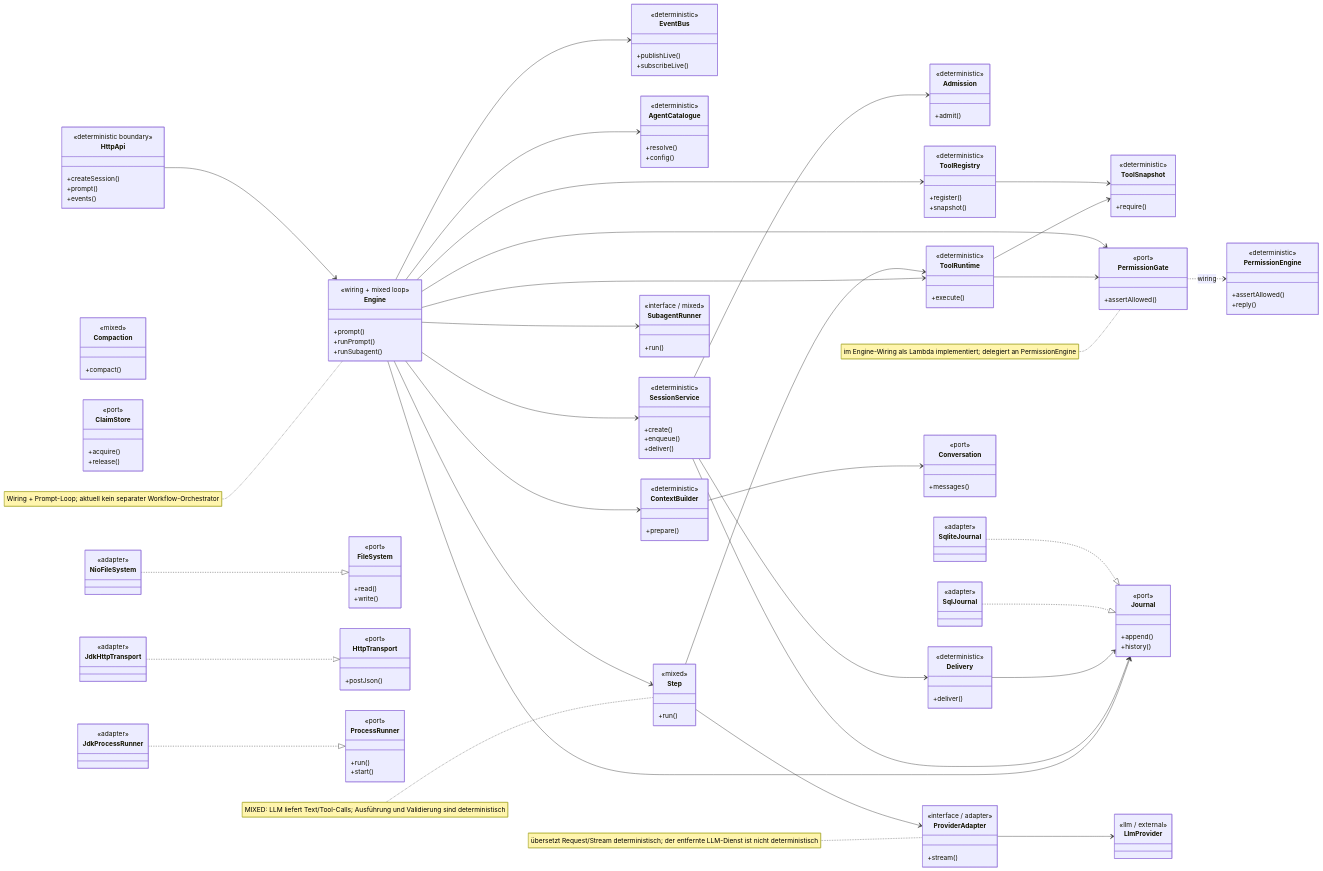
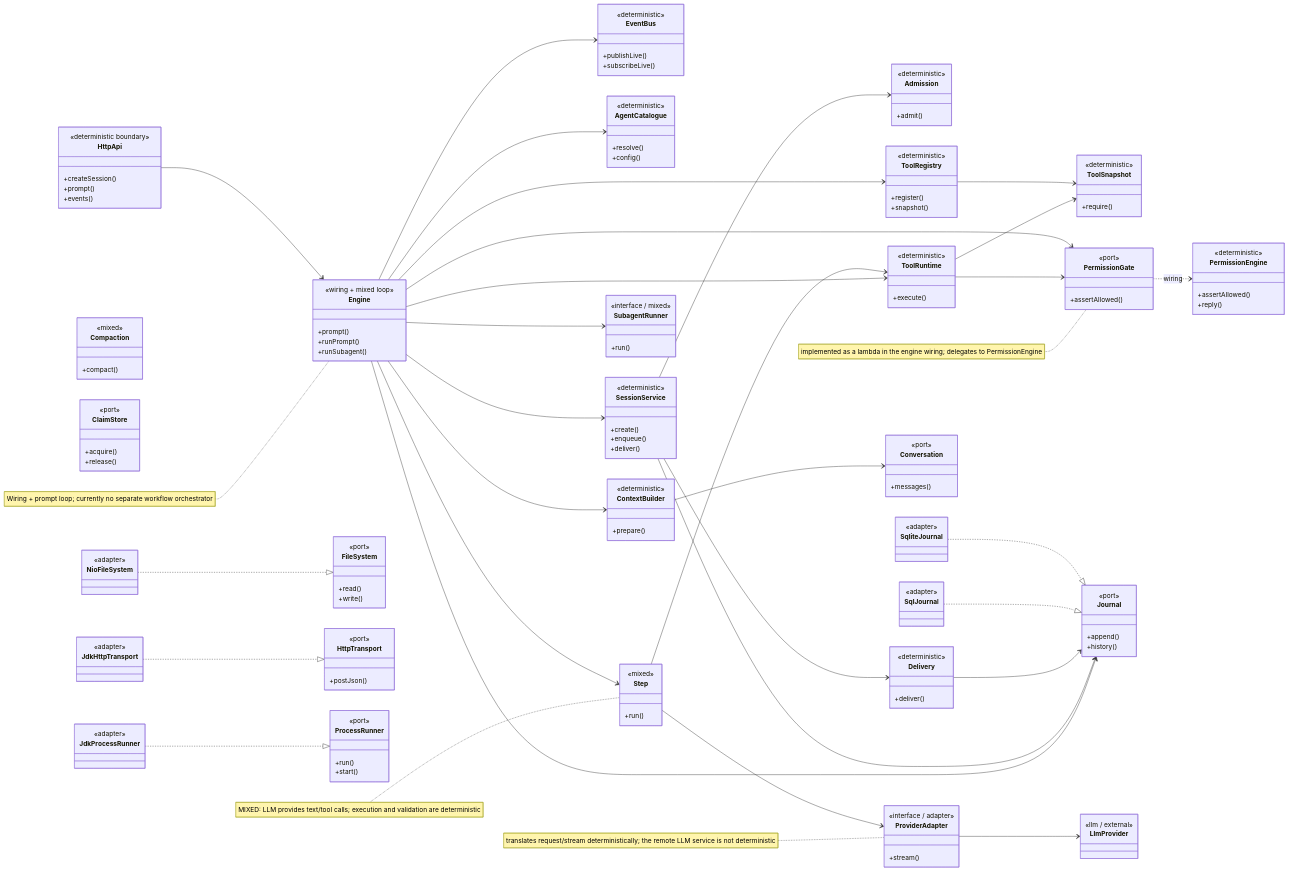
One commit to augmentia-de/QOC changed the diagram in docs/diagrams/05-class-model.md. Above: the diagram before and after it, drawn with Mermaid. The commit also changed other lines of this file and 71 other files, not shown here.

````diff
--- a/docs/diagrams/05-class-model.md
+++ b/docs/diagrams/05-class-model.md
@@ -197,8 +196,8 @@
   JdkHttpTransport ..|> HttpTransport
   JdkProcessRunner ..|> ProcessRunner
 
-  note for Step "MIXED: LLM liefert Text/Tool-Calls; Ausführung und Validierung sind deterministisch"
-  note for Engine "Wiring + Prompt-Loop; aktuell kein separater Workflow-Orchestrator"
-  note for PermissionGate "im Engine-Wiring als Lambda implementiert; delegiert an PermissionEngine"
-  note for ProviderAdapter "übersetzt Request/Stream deterministisch; der entfernte LLM-Dienst ist nicht deterministisch"
+  note for Step "MIXED: LLM provides text/tool calls; execution and validation are deterministic"
+  note for Engine "Wiring + prompt loop; currently no separate workflow orchestrator"
+  note for PermissionGate "implemented as a lambda in the engine wiring; delegates to PermissionEngine"
+  note for ProviderAdapter "translates request/stream deterministically; the remote LLM service is not deterministic"
 ```
````
